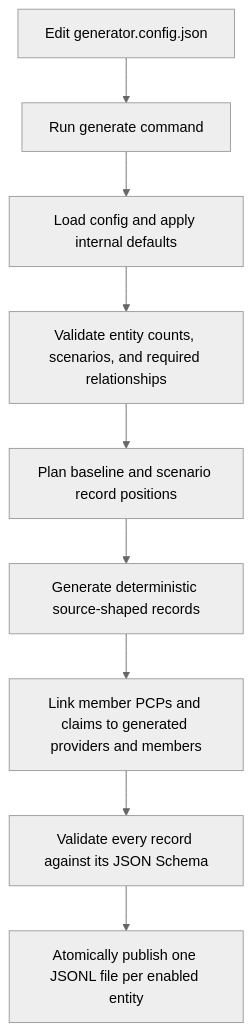
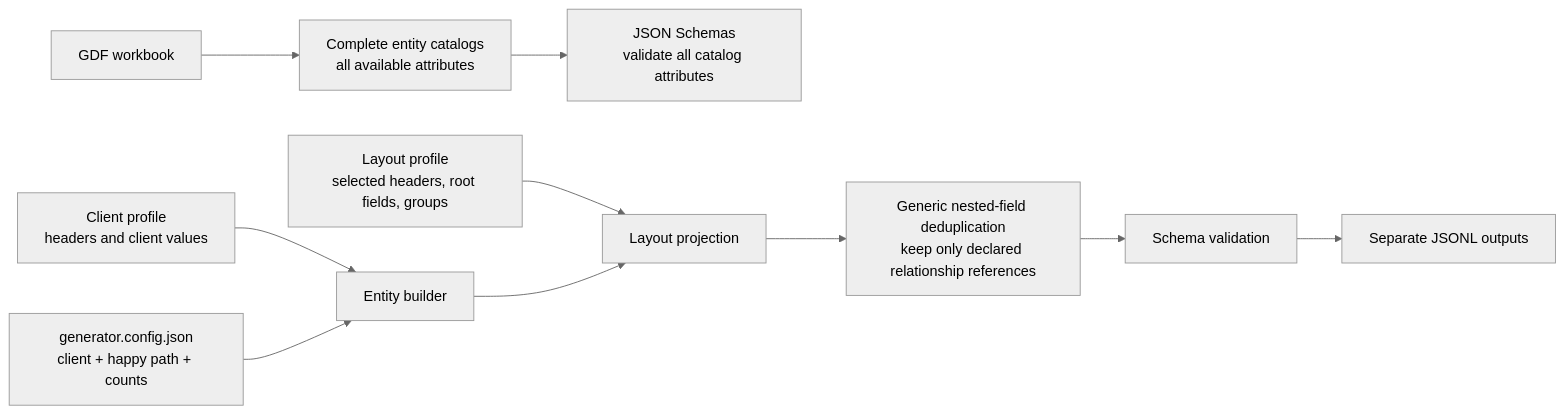
Before and after one commit to gaganpandey58/test-data-generator: the diagram in README.md, drawn with Mermaid (neutral theme). The commit also changed other lines of this file and 27 other files, not shown here.

First line of the commit message:
Add client profile loaders and GDF field catalogs

````diff
--- a/README.md
+++ b/README.md
@@ -28,11 +22,12 @@
 ```mermaid
-flowchart TD
-    A[Edit generator.config.json] --> B[Run generate command]
-    B --> C[Load config and apply internal defaults]
-    C --> D[Validate entity counts, scenarios, and required relationships]
-    D --> E[Plan baseline and scenario record positions]
-    E --> F[Generate deterministic source-shaped records]
-    F --> G[Link member PCPs and claims to generated providers and members]
-    G --> H[Validate every record against its JSON Schema]
-    H --> I[Atomically publish one JSONL file per enabled entity]
+flowchart LR
+    A["GDF workbook"] --> B["Complete entity catalogs<br/>all available attributes"]
+    B --> C["JSON Schemas<br/>validate all catalog attributes"]
+    D["Client profile<br/>headers and client values"] --> F["Entity builder"]
+    E["Layout profile<br/>selected headers, root fields, groups"] --> G["Layout projection"]
+    F --> G
+    G --> H["Generic nested-field deduplication<br/>keep only declared relationship references"]
+    H --> I["Schema validation"]
+    I --> J["Separate JSONL outputs"]
+    K["generator.config.json<br/>client + happy path + counts"] --> F
 ```
````
